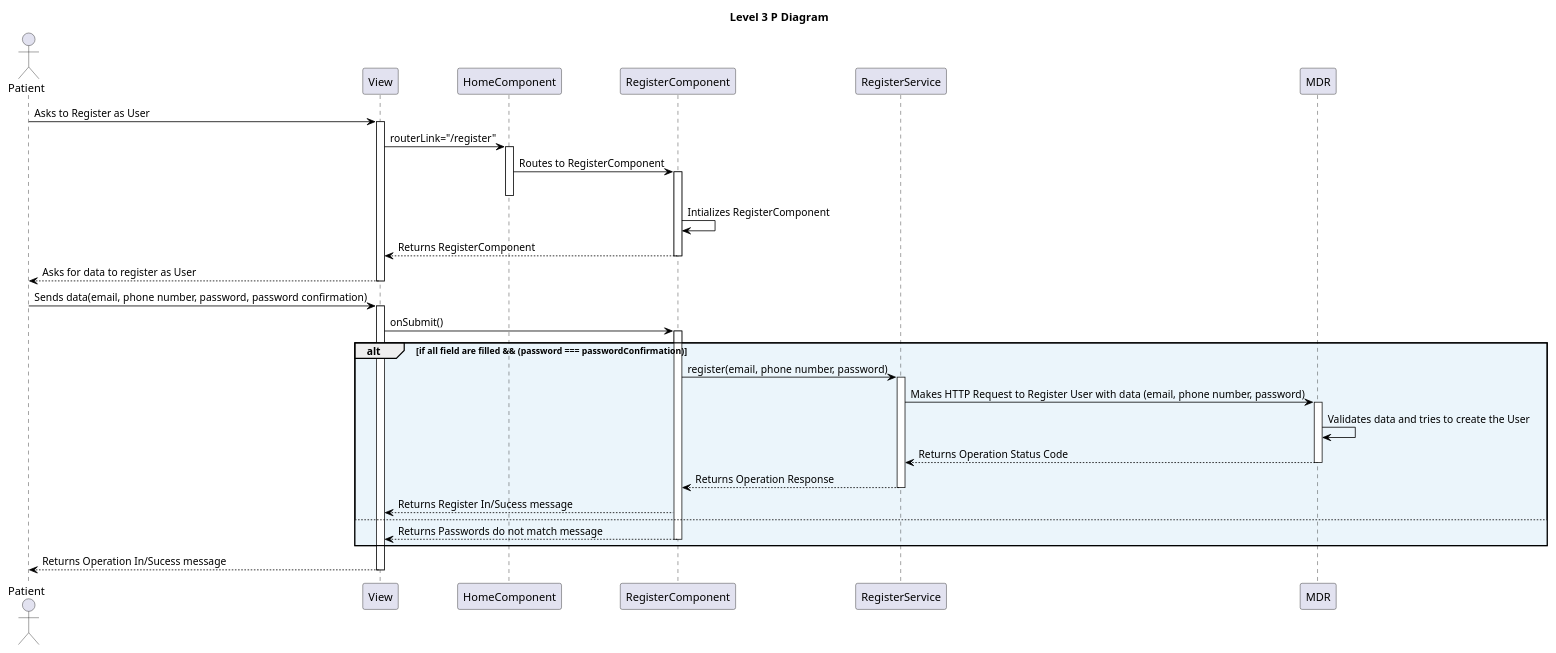
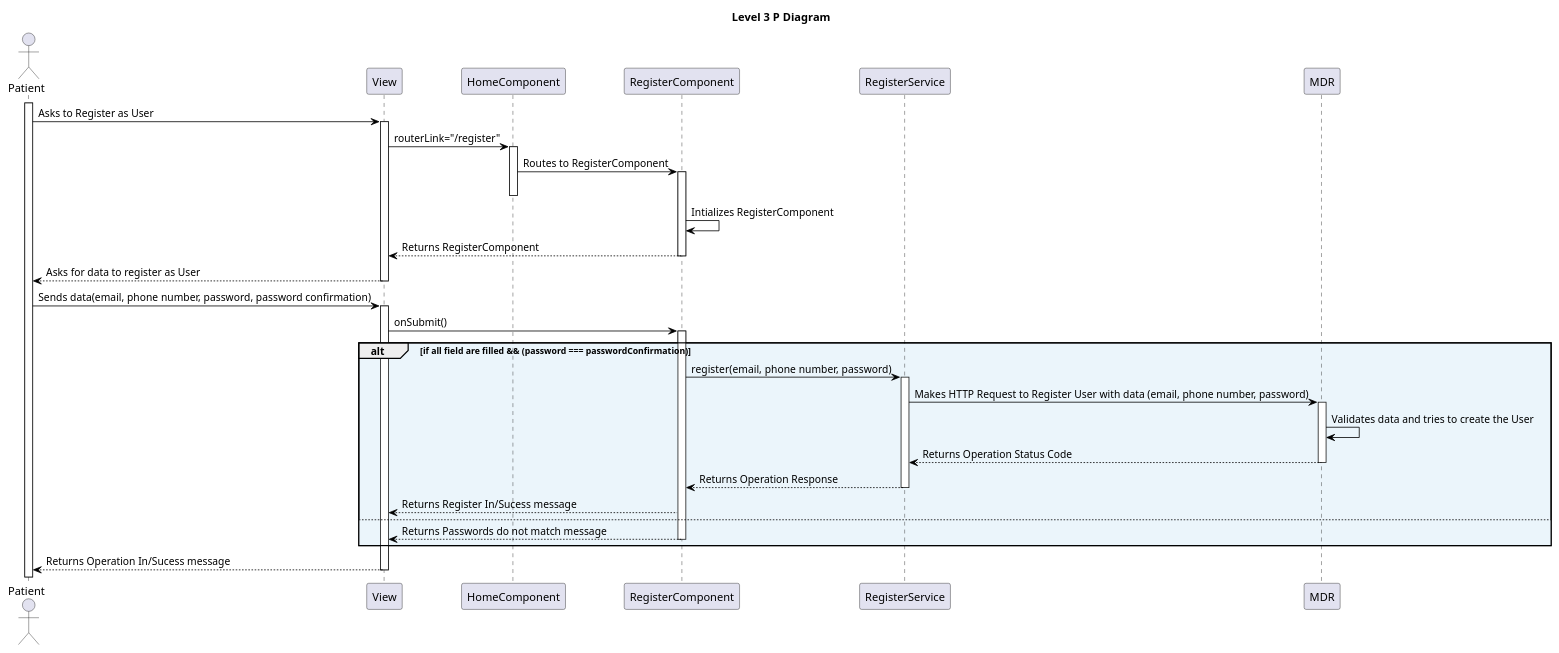
One commit to vscosousa/LAPR5_3DC_G15 changed the diagram in docs/sprint_B/us_6.2.1/level_3/puml/level_3_FE.puml. Above: the diagram before and after it, drawn with PlantUML. The commit also changed 9 other files, not shown here.

```diff
--- a/docs/sprint_B/us_6.2.1/level_3/puml/level_3_FE.puml
+++ b/docs/sprint_B/us_6.2.1/level_3/puml/level_3_FE.puml
@@ -1,61 +1,62 @@
 @startuml level_3_FE
 
 title Level 3 P Diagram
 
 hide empty members
 'skinparam Linetype ortho
 
 skinparam class {
     BackgroundColor<<valueObject>> #D6EAF8
     BackgroundColor<<root>> #FDEBD0
     BackgroundColor<<service>> #D1F2EB
     BackgroundColor #FEF9E7
     ArrowColor Black
 }
 
 skinparam package {
     BackgroundColor #EBF5FB
 }
 
 actor Patient as P
 participant "View" as V
 participant "HomeComponent" as HC
 participant "RegisterComponent" as RC
 participant "RegisterService" as S
 participant "MDR" as MDR
 
+activate P
 P -> V: Asks to Register as User
 activate V
 V -> HC: routerLink="/register"
 activate HC
 HC -> RC: Routes to RegisterComponent
 activate RC
 deactivate HC
 RC -> RC: Intializes RegisterComponent
 RC --> V: Returns RegisterComponent
 deactivate RC
 V --> P: Asks for data to register as User
 deactivate V
 P -> V: Sends data(email, phone number, password, password confirmation)
 activate V
 V -> RC: onSubmit()
 activate RC
 alt if all field are filled && (password === passwordConfirmation)
     RC -> S: register(email, phone number, password)
     activate S
     S -> MDR: Makes HTTP Request to Register User with data (email, phone number, password)
     activate MDR
     MDR -> MDR: Validates data and tries to create the User
     MDR --> S: Returns Operation Status Code
     deactivate MDR
     S --> RC: Returns Operation Response
     deactivate S
     RC --> V: Returns Register In/Sucess message
 else
     RC --> V: Returns Passwords do not match message
     deactivate RC
 end
 V --> P: Returns Operation In/Sucess message
 deactivate V
 
 @enduml
```
